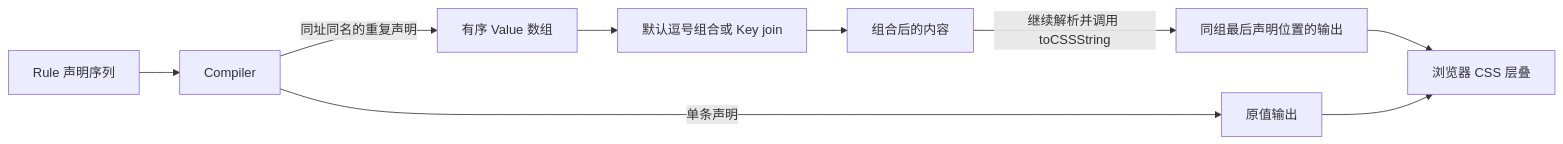
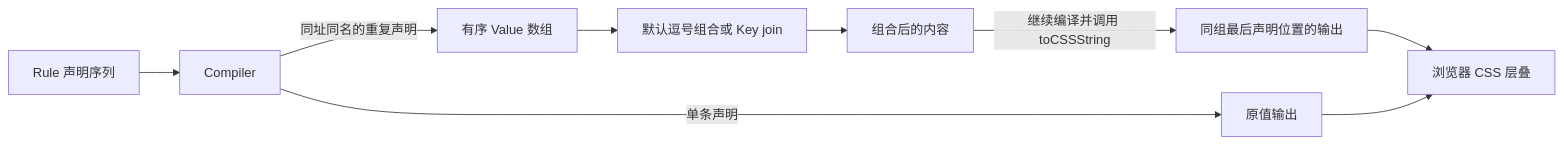
One commit to edsolater/uikit changed the diagram in src/style-system/doc/样式系统对象与行为.md. Above: the diagram before and after it, drawn with Mermaid. The commit also changed other lines of this file and 42 other files, not shown here.

````diff
--- a/src/style-system/doc/样式系统对象与行为.md
+++ b/src/style-system/doc/样式系统对象与行为.md
@@ -93,11 +93,11 @@
 ```mermaid
 flowchart LR
   R[Rule 声明序列] --> C[Compiler]
   C -->|同址同名的重复声明| V[有序 Value 数组]
   V --> K[默认逗号组合或 Key join]
   K --> A[组合后的内容]
-  A -->|继续解析并调用 toCSSString| O[同组最后声明位置的输出]
+  A -->|继续编译并调用 toCSSString| O[同组最后声明位置的输出]
   C -->|单条声明| P[原值输出]
   O --> B[浏览器 CSS 层叠]
   P --> B
 ```
````
